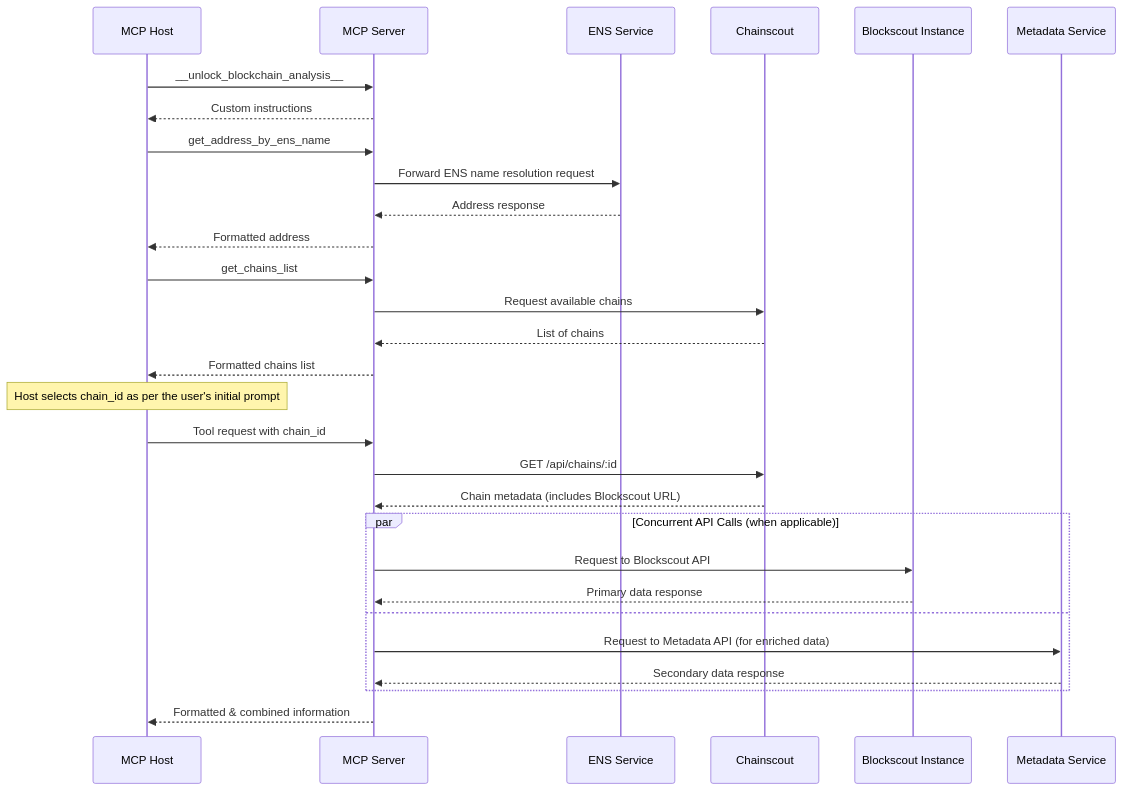
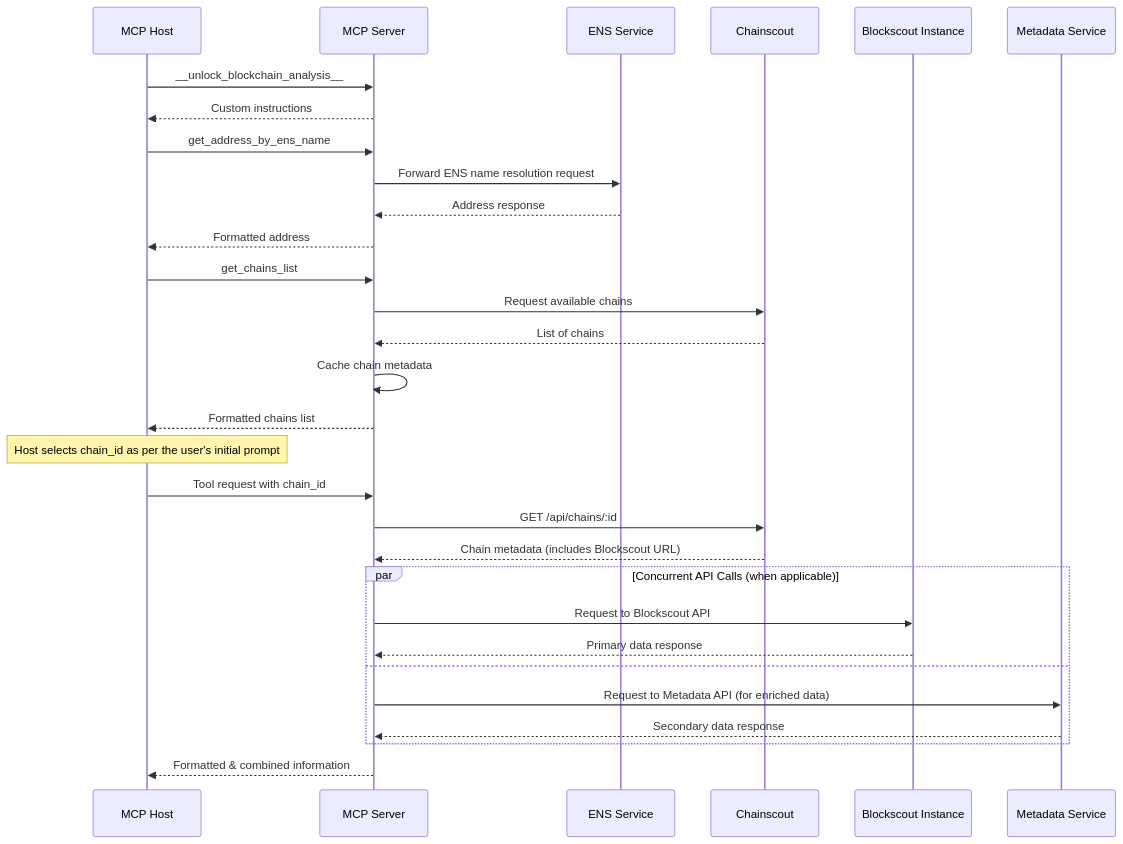
Before and after one commit to settlemint/blockscout-mcp-server: the first of 3 diagrams in SPEC.md, drawn with Mermaid. The commit also changed other lines of this file and 13 other files, not shown here.

````diff
--- a/SPEC.md
+++ b/SPEC.md
@@ -39,36 +39,37 @@
 ```mermaid
 sequenceDiagram
     participant AI as MCP Host
     participant MCP as MCP Server
     participant BENS as ENS Service
     participant CS as Chainscout
     participant BS as Blockscout Instance
     participant Metadata as Metadata Service
 
     AI->>MCP: __unlock_blockchain_analysis__
     MCP-->>AI: Custom instructions
 
     AI->>MCP: get_address_by_ens_name
     MCP->>BENS: Forward ENS name resolution request
     BENS-->>MCP: Address response
     MCP-->>AI: Formatted address
 
     AI->>MCP: get_chains_list
     MCP->>CS: Request available chains
     CS-->>MCP: List of chains
+    MCP->>MCP: Cache chain metadata
     MCP-->>AI: Formatted chains list
 
     Note over AI: Host selects chain_id as per the user's initial prompt
 
     AI->>MCP: Tool request with chain_id
     MCP->>CS: GET /api/chains/:id
     CS-->>MCP: Chain metadata (includes Blockscout URL)
     par Concurrent API Calls (when applicable)
         MCP->>BS: Request to Blockscout API
         BS-->>MCP: Primary data response
     and
         MCP->>Metadata: Request to Metadata API (for enriched data)
         Metadata-->>MCP: Secondary data response
     end
     MCP-->>AI: Formatted & combined information
 ```
````
